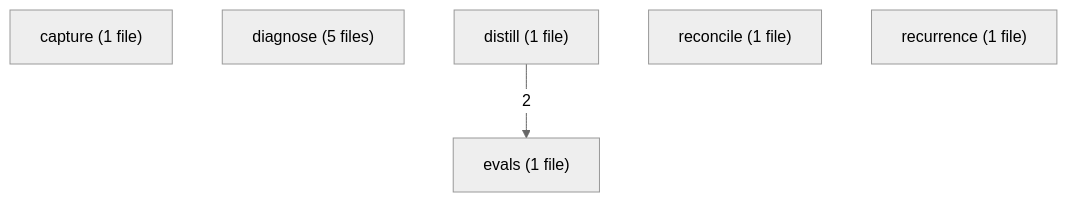
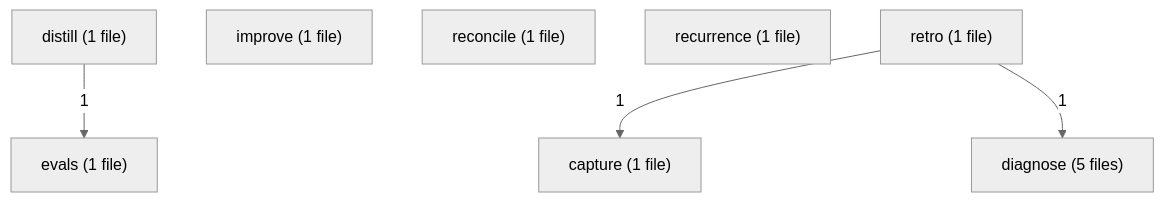
One commit to alecegg/varde changed the first of 9 diagrams in skills/varde-learn/FLOW.md. Above: the diagram before and after it, drawn with Mermaid (neutral theme). The commit also changed other lines of this file and 1293 other files, not shown here.

````diff
--- a/skills/varde-learn/FLOW.md
+++ b/skills/varde-learn/FLOW.md
@@ -26,10 +29,14 @@
 ```mermaid
 flowchart TD
   m0["capture (1 file)"]
   m1["diagnose (5 files)"]
   m2["distill (1 file)"]
   m3["evals (1 file)"]
-  m4["reconcile (1 file)"]
-  m5["recurrence (1 file)"]
-  m2 -->|"2"| m3
+  m4["improve (1 file)"]
+  m5["reconcile (1 file)"]
+  m6["recurrence (1 file)"]
+  m7["retro (1 file)"]
+  m2 -->|"1"| m3
+  m7 -->|"1"| m0
+  m7 -->|"1"| m1
 ```
````
